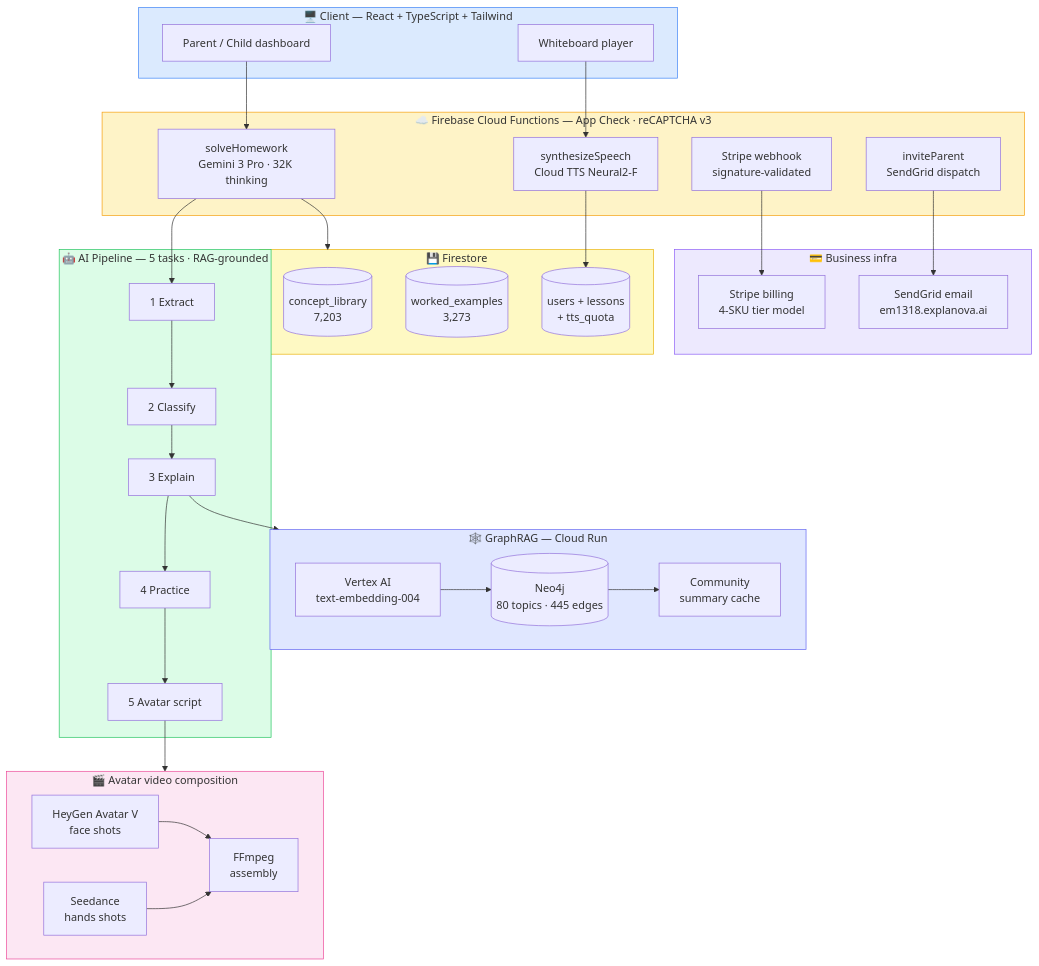
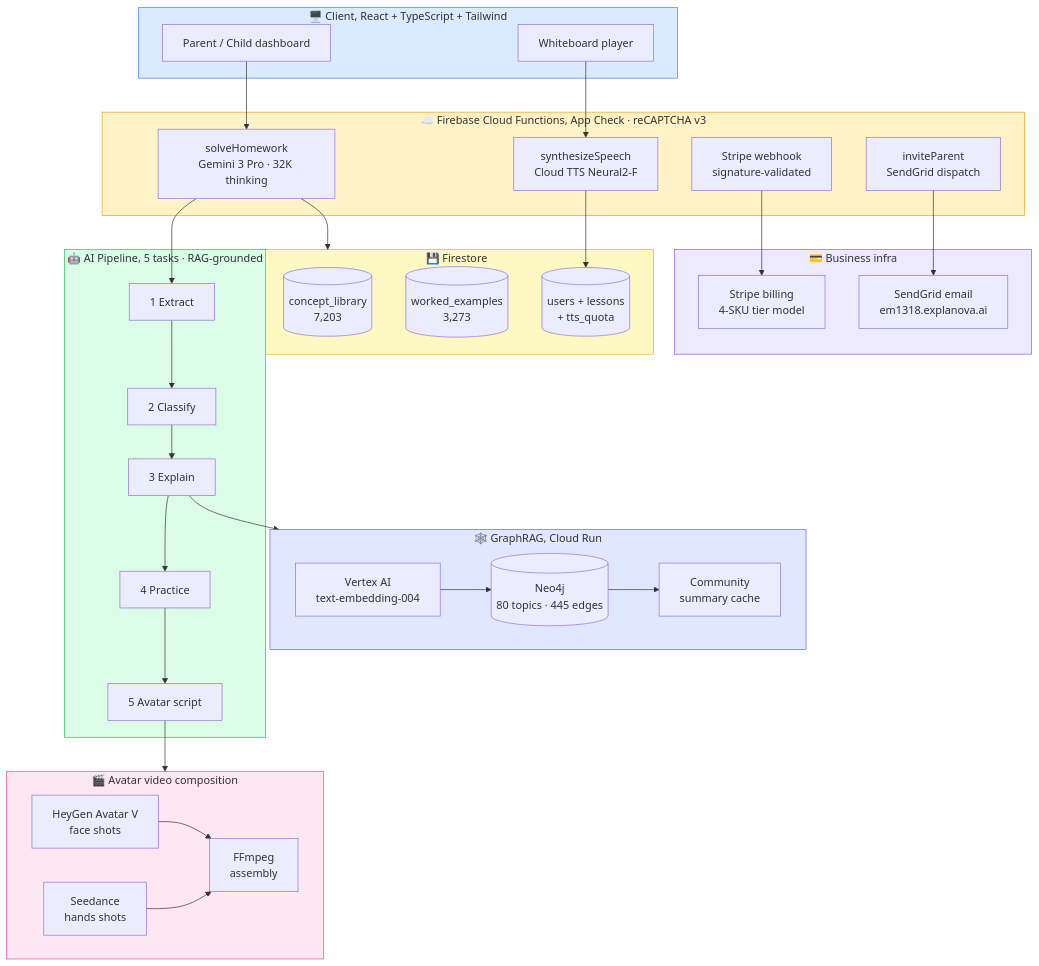
Before and after one commit to stephengardnerd/explanova-ai-product-case-study: the diagram in TECHNICAL.md, drawn with Mermaid. The commit also changed other lines of this file, not shown here.

````diff
--- a/TECHNICAL.md
+++ b/TECHNICAL.md
@@ -10,62 +10,62 @@
 ```mermaid
 flowchart TB
-    subgraph client["🖥️ Client — React + TypeScript + Tailwind"]
+    subgraph client["🖥️ Client, React + TypeScript + Tailwind"]
         UI[Parent / Child dashboard]
         WB[Whiteboard player]
     end
 
-    subgraph functions["☁️ Firebase Cloud Functions — App Check · reCAPTCHA v3"]
+    subgraph functions["☁️ Firebase Cloud Functions, App Check · reCAPTCHA v3"]
         SH[solveHomework<br/>Gemini 3 Pro · 32K thinking]
         SS[synthesizeSpeech<br/>Cloud TTS Neural2-F]
         SW[Stripe webhook<br/>signature-validated]
         IP[inviteParent<br/>SendGrid dispatch]
     end
 
-    subgraph ai["🤖 AI Pipeline — 5 tasks · RAG-grounded"]
+    subgraph ai["🤖 AI Pipeline, 5 tasks · RAG-grounded"]
         T1[1 Extract] --> T2[2 Classify] --> T3[3 Explain] --> T4[4 Practice] --> T5[5 Avatar script]
     end
 
-    subgraph retrieval["🕸️ GraphRAG — Cloud Run"]
+    subgraph retrieval["🕸️ GraphRAG, Cloud Run"]
         VE[Vertex AI<br/>text-embedding-004]
         NEO[(Neo4j<br/>80 topics · 445 edges)]
         CS[Community<br/>summary cache]
         VE --> NEO --> CS
     end
 
     subgraph media["🎬 Avatar video composition"]
         HG[HeyGen Avatar V<br/>face shots]
         SD[Seedance<br/>hands shots]
         FF[FFmpeg<br/>assembly]
         HG --> FF
         SD --> FF
     end
 
     subgraph data["💾 Firestore"]
         FS1[(concept_library<br/>7,203)]
         FS2[(worked_examples<br/>3,273)]
         FS3[(users + lessons<br/>+ tts_quota)]
     end
 
     subgraph business["💳 Business infra"]
         STR[Stripe billing<br/>4-SKU tier model]
         SG[SendGrid email<br/>em1318.explanova.ai]
     end
 
     UI --> SH
     WB --> SS
     SH --> T1
     T3 --> retrieval
     T5 --> media
     SH --> data
     SW --> STR
     IP --> SG
     SS --> FS3
 
     style client fill:#dbeafe,stroke:#3b82f6
     style functions fill:#fef3c7,stroke:#f59e0b
     style ai fill:#dcfce7,stroke:#22c55e
     style retrieval fill:#e0e7ff,stroke:#6366f1
     style media fill:#fce7f3,stroke:#ec4899
     style data fill:#fef9c3,stroke:#eab308
     style business fill:#ede9fe,stroke:#8b5cf6
 ```
````
